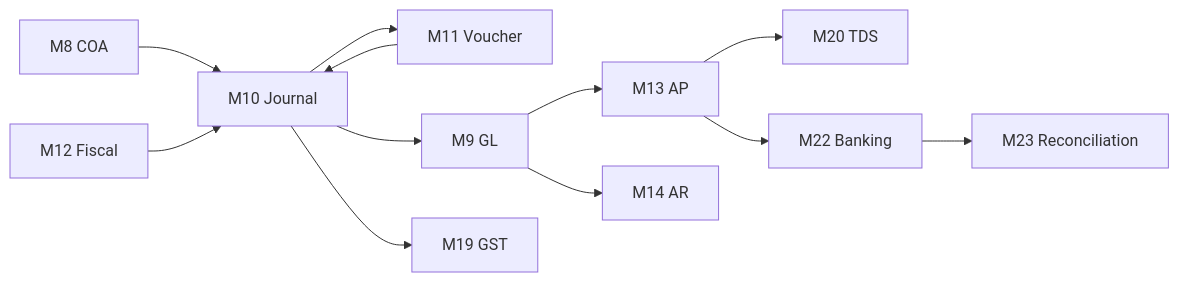
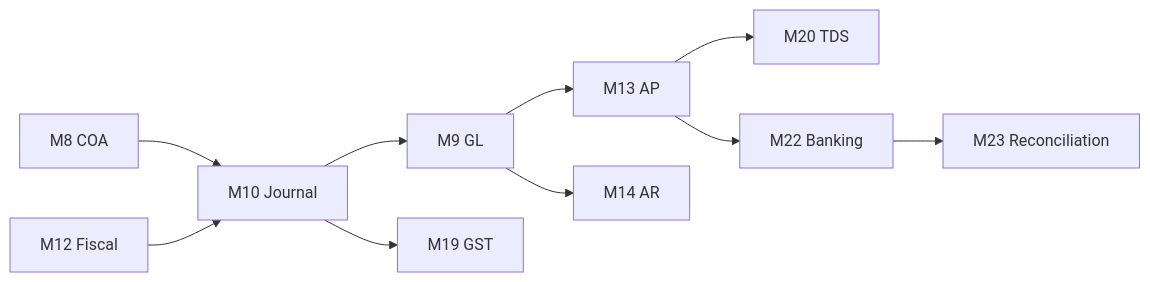
Before and after one commit to rishav1204/company_brain_backend: the second of 2 diagrams in backend/ERP_MASTER_MODULE_MAP.md, drawn with Mermaid. The commit also changed other lines of this file and 203 other files, not shown here.

````diff
--- a/backend/ERP_MASTER_MODULE_MAP.md
+++ b/backend/ERP_MASTER_MODULE_MAP.md
@@ -1069,14 +1080,12 @@
 ```mermaid
 flowchart LR
     COA[M8 COA] --> JE[M10 Journal]
     FP[M12 Fiscal] --> JE
-    JE --> VCH[M11 Voucher]
     JE --> GL[M9 GL]
-    VCH --> JE
     GL --> AP[M13 AP]
     GL --> AR[M14 AR]
     JE --> GST[M19 GST]
     AP --> TDS[M20 TDS]
     AP --> BANK[M22 Banking]
     BANK --> RECON[M23 Reconciliation]
 ```
````
